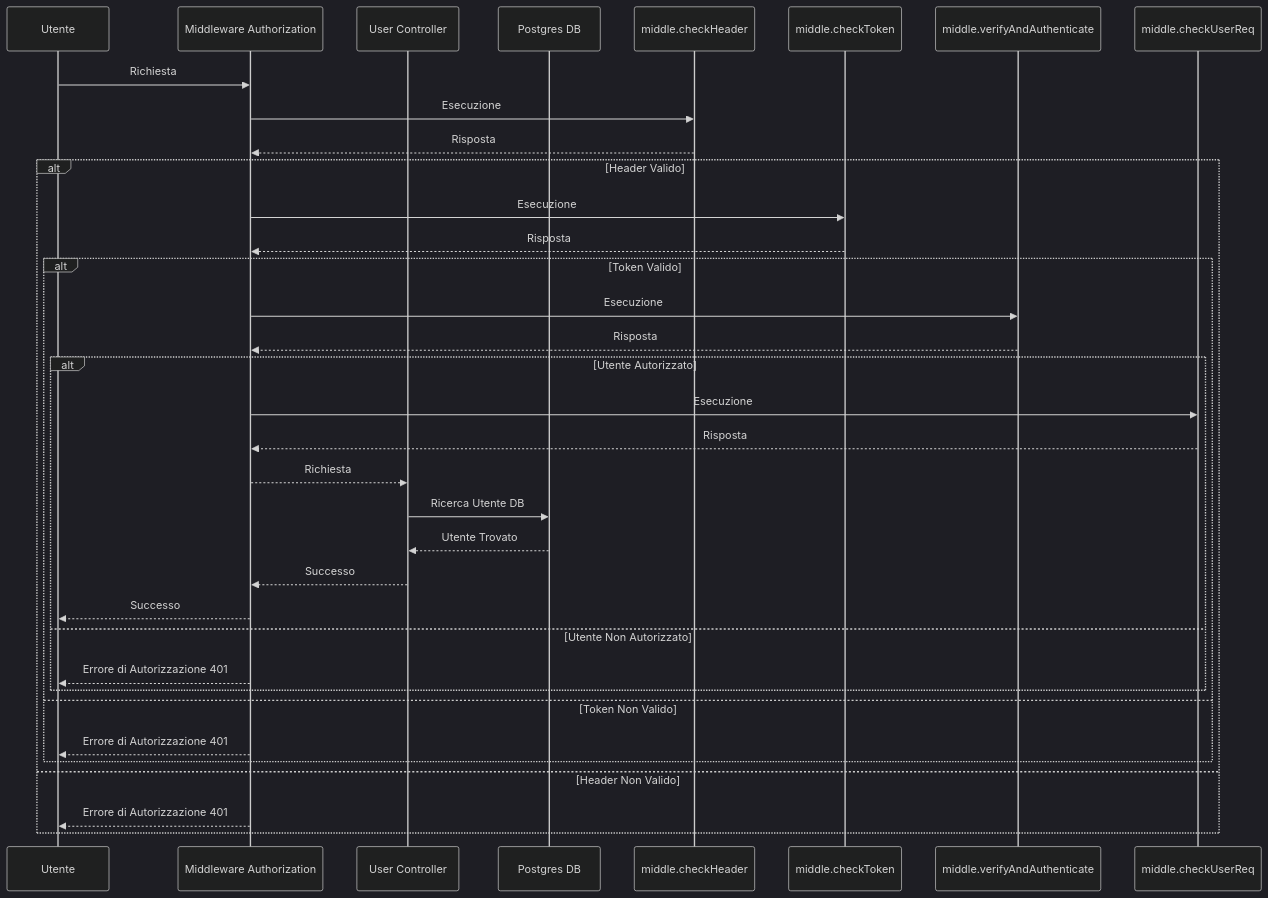
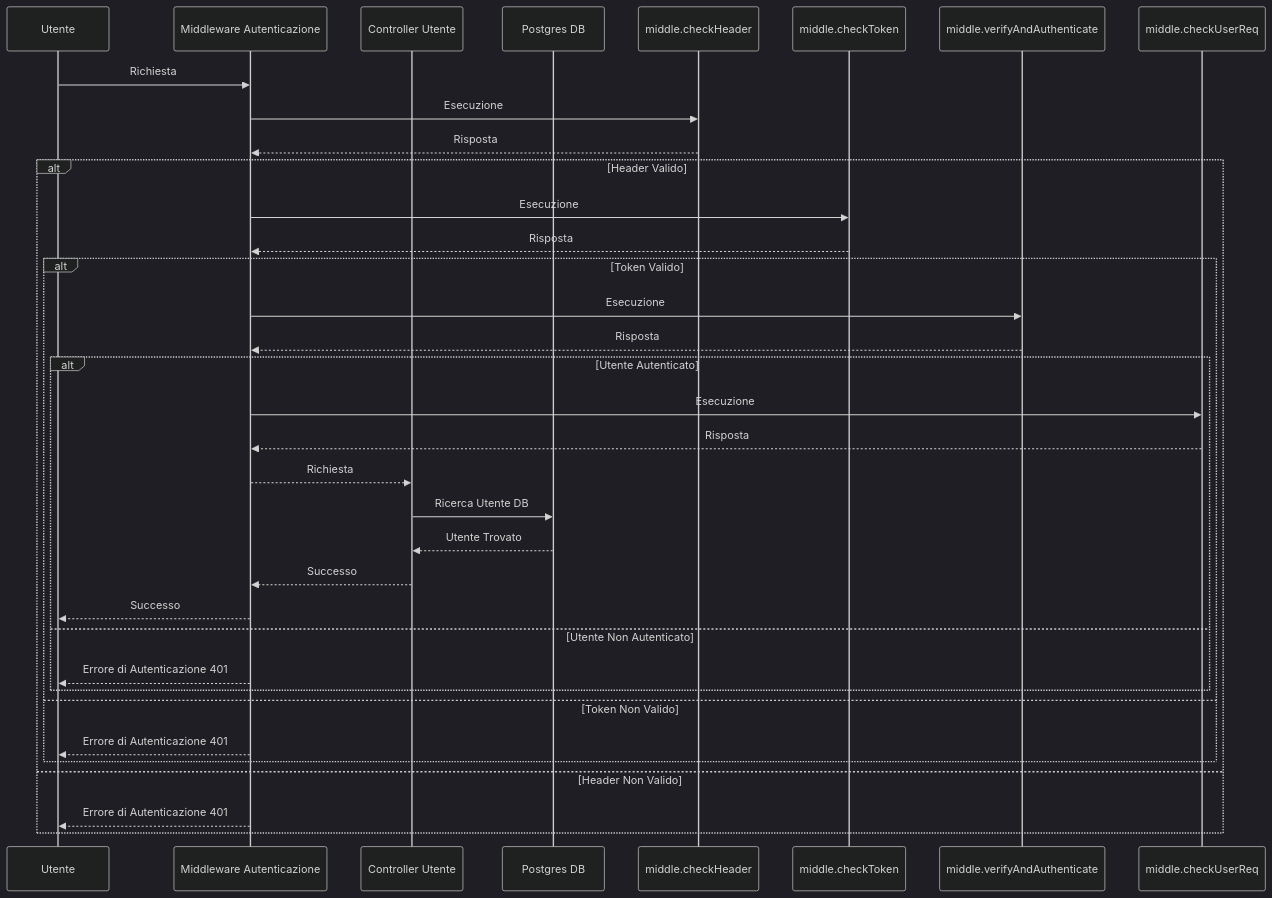
Before and after one commit to alexpaulofficial/progettoProgAvanzata: the first of 2 diagrams in README.md, drawn with Mermaid (dark theme). The commit also changed other lines of this file, not shown here.

````diff
--- a/README.md
+++ b/README.md
@@ -46,40 +60,38 @@
 ```mermaid
 sequenceDiagram
     participant Utente
-    participant middle as Middleware Authorization
-    participant controllerUser as User Controller
+    participant middle as Middleware Autenticazione
+    participant controllerUser as Controller Utente
     participant dbFindOne as Postgres DB
 
     Utente ->> middle : Richiesta
     middle ->> middle.checkHeader : Esecuzione
     middle.checkHeader -->> middle : Risposta
 
     alt Header Valido
         middle ->> middle.checkToken : Esecuzione
         middle.checkToken -->> middle : Risposta
 
         alt Token Valido
             middle ->> middle.verifyAndAuthenticate : Esecuzione
             middle.verifyAndAuthenticate -->> middle : Risposta
 
-            alt Utente Autorizzato
+            alt Utente Autenticato
                 middle ->> middle.checkUserReq : Esecuzione
                 middle.checkUserReq -->> middle : Risposta
 
                 middle -->> controllerUser : Richiesta
                 controllerUser ->> dbFindOne : Ricerca Utente DB
                 dbFindOne -->> controllerUser : Utente Trovato
                 controllerUser -->> middle : Successo
                 middle -->> Utente : Successo
-            else Utente Non Autorizzato
-                middle -->> Utente : Errore di Autorizzazione 401
+            else Utente Non Autenticato
+                middle -->> Utente : Errore di Autenticazione 401
             end
         else Token Non Valido
-            middle -->> Utente : Errore di Autorizzazione 401
+            middle -->> Utente : Errore di Autenticazione 401
         end
     else Header Non Valido
-        middle -->> Utente : Errore di Autorizzazione 401
+        middle -->> Utente : Errore di Autenticazione 401
     end
-
-
 ```
````
